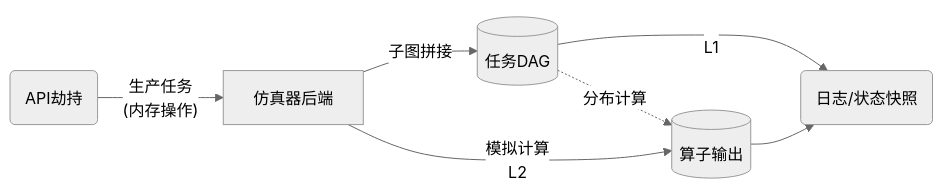
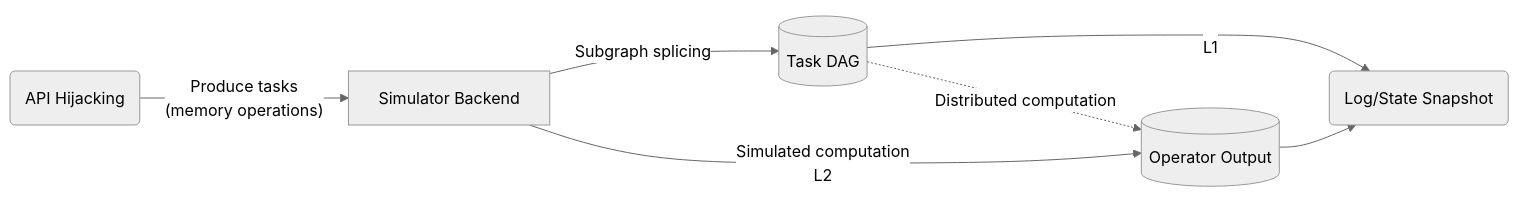
One commit to Atlas-Ascend-Fork/hcomm changed the third of 5 diagrams in test/hccl_vm/docs/hccl_simulator_en.md. Above: the diagram before and after it, drawn with Mermaid (neutral theme). The commit also changed other lines of this file and 73 other files, not shown here.

````diff
--- a/test/hccl_vm/docs/hccl_simulator_en.md
+++ b/test/hccl_vm/docs/hccl_simulator_en.md
@@ -294,10 +294,10 @@
 ```mermaid
 graph LR
 
-B(API劫持) -->|"生产任务<br>(内存操作)"| C[仿真器后端]
-C -->|子图拼接| D[(任务DAG)]
-D -.->|分布计算| E[(算子输出)]
-C -->|模拟计算<br>L2| E
-D -->|<br>L1| G(日志/状态快照)
+B(API Hijacking) -->|"Produce tasks<br>(memory operations)"| C[Simulator Backend]
+C -->|Subgraph splicing| D[(Task DAG)]
+D -.->|Distributed computation| E[(Operator Output)]
+C -->|Simulated computation<br>L2| E
+D -->|<br>L1| G(Log/State Snapshot)
 E -->G
 ```
````
